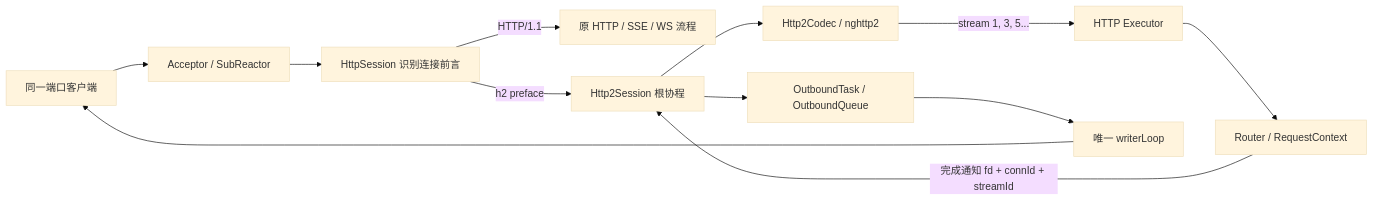
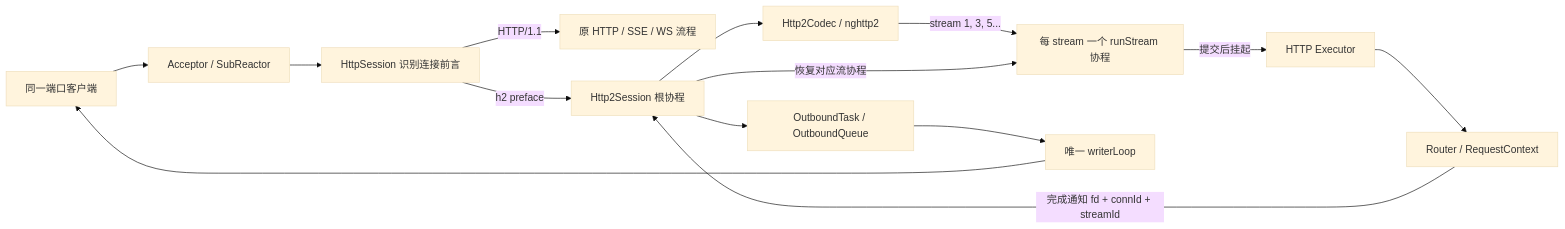
Before and after one commit to aurora-deng/web: the first of 2 diagrams in docs/architecture/phase6.md, drawn with Mermaid (base theme). The commit also changed other lines of this file and 8 other files, not shown here.

Commit message:
Add per-stream HTTP/2 coroutines and verify TLS ALPN demo

````diff
--- a/docs/architecture/phase6.md
+++ b/docs/architecture/phase6.md
@@ -34,14 +36,16 @@
 ```mermaid
 flowchart LR
     C[同一端口客户端] --> A[Acceptor / SubReactor]
     A --> H[HttpSession 识别连接前言]
     H -->|HTTP/1.1| OLD[原 HTTP / SSE / WS 流程]
     H -->|h2 preface| S[Http2Session 根协程]
     S --> CO[Http2Codec / nghttp2]
-    CO -->|stream 1, 3, 5...| EX[HTTP Executor]
+    CO -->|stream 1, 3, 5...| SC[每 stream 一个 runStream 协程]
+    SC -->|提交后挂起| EX[HTTP Executor]
     EX --> R[Router / RequestContext]
     R -->|完成通知 fd + connId + streamId| S
+    S -->|恢复对应流协程| SC
     S --> O[OutboundTask / OutboundQueue]
     O --> W[唯一 writerLoop]
     W --> C
 ```
````
